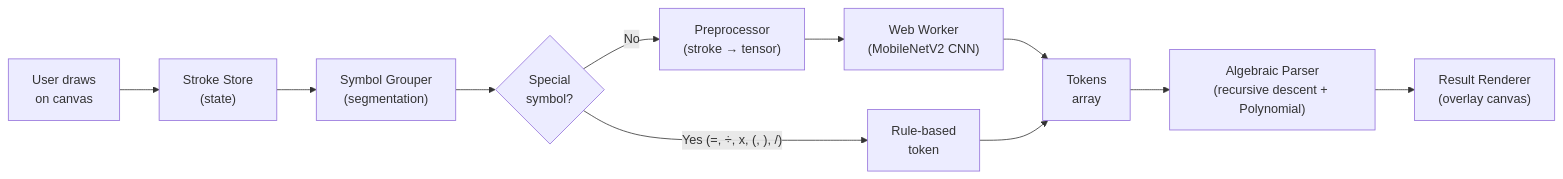
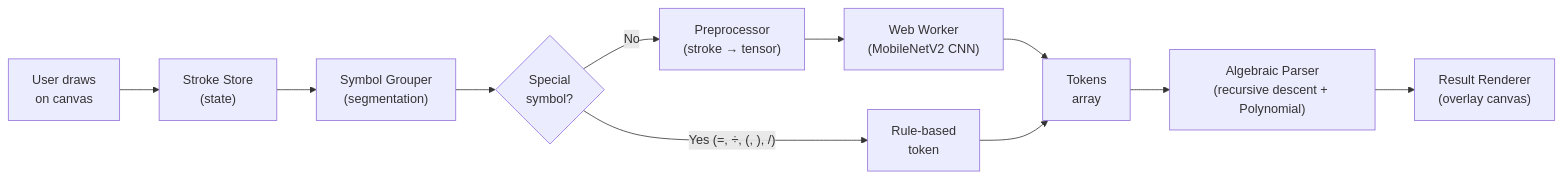
Before and after one commit to Bootcamp-ps/CalcInk: the first of 6 diagrams in docs/reference/calcink_architecture.md, drawn with Mermaid. The commit also changed other lines of this file and 4 other files, not shown here.

````diff
--- a/docs/reference/calcink_architecture.md
+++ b/docs/reference/calcink_architecture.md
@@ -49,13 +49,13 @@
 ```mermaid
 flowchart LR
     A["User draws<br/>on canvas"] --> B["Stroke Store<br/>(state)"]
     B --> C["Symbol Grouper<br/>(segmentation)"]
     C --> D{"Special<br/>symbol?"}
-    D -- "Yes (=, ÷, x, (, ), /)" --> E["Rule-based<br/>token"]
+    D -- "Yes (=, ÷, (, ), /)" --> E["Rule-based<br/>token"]
     D -- "No" --> F["Preprocessor<br/>(stroke → tensor)"]
     F --> G["Web Worker<br/>(MobileNetV2 CNN)"]
     G --> H["Tokens<br/>array"]
     E --> H
     H --> I["Algebraic Parser<br/>(recursive descent + Polynomial)"]
     I --> J["Result Renderer<br/>(overlay canvas)"]
 ```
````
